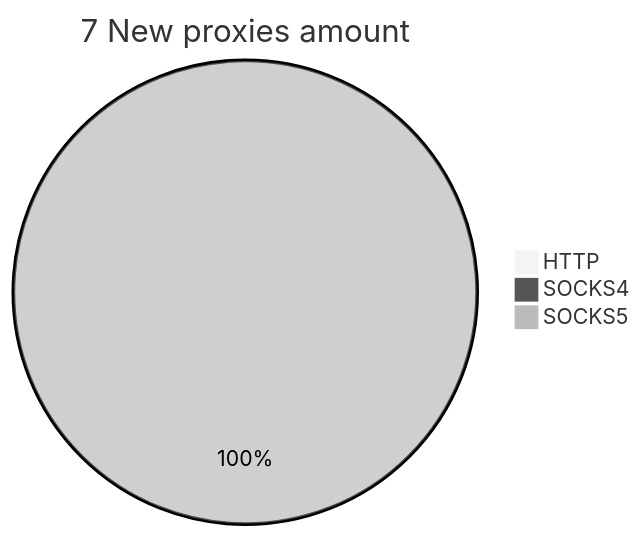
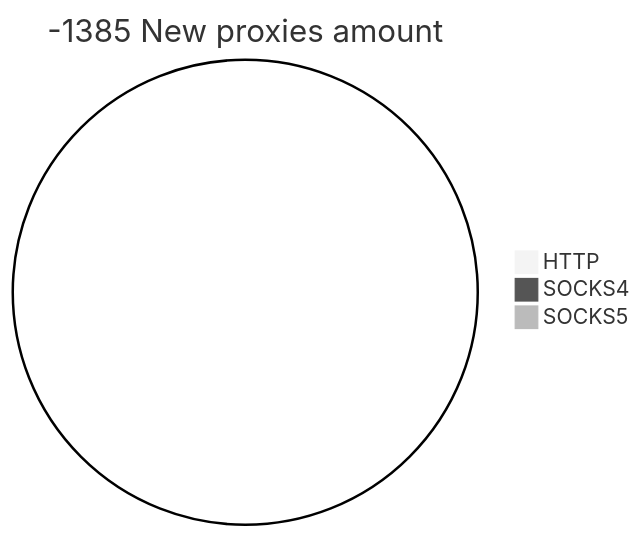
One commit to cutipu/proxylist changed the second of 2 diagrams in README.md. Above: the diagram before and after it, drawn with Mermaid (neutral theme). The commit also changed other lines of this file, not shown here.

````diff
--- a/README.md
+++ b/README.md
@@ -10,6 +10,6 @@
 ```mermaid
-pie title 7 New proxies amount
+pie title -1385 New proxies amount
     "HTTP" : 0
     "SOCKS4" : 0
-    "SOCKS5" : 10
+    "SOCKS5" : 0
 ```
````
